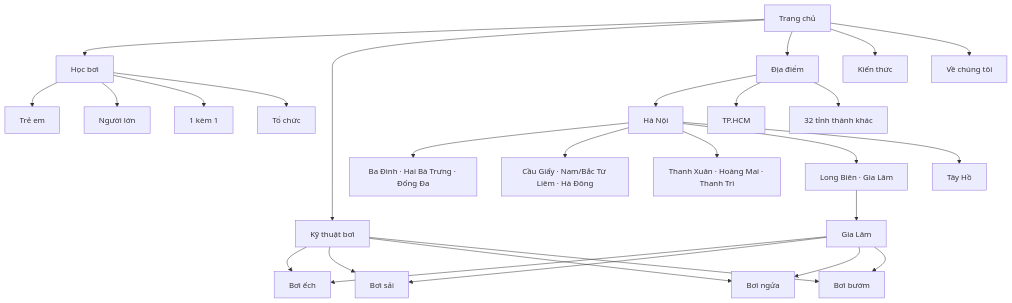
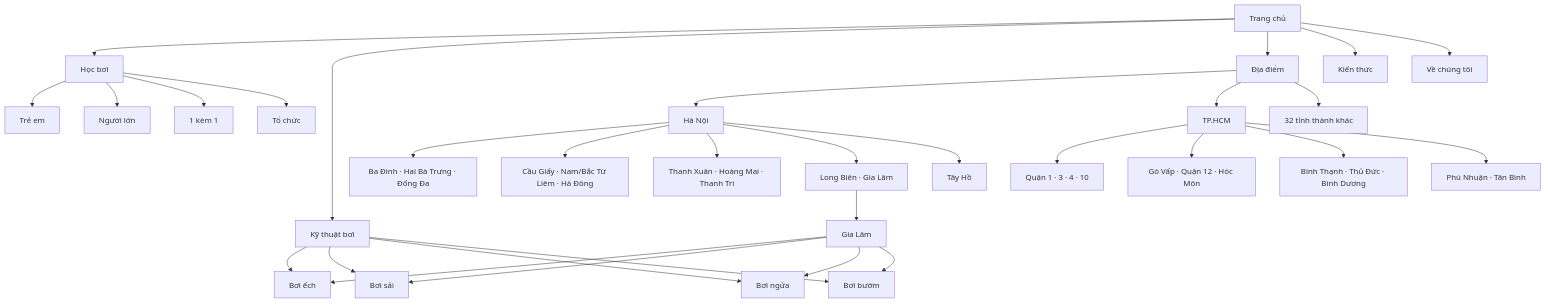
One commit to huymanhmmo/dayboivip changed the diagram in dayboi-web/docs/seo-site-architecture.md. Above: the diagram before and after it, drawn with Mermaid. The commit also changed other lines of this file and 6 other files, not shown here.

````diff
--- a/dayboi-web/docs/seo-site-architecture.md
+++ b/dayboi-web/docs/seo-site-architecture.md
@@ -69,33 +81,37 @@
 ```mermaid
 graph TD
     HOME[Trang chủ] --> COURSES[Học bơi]
     HOME --> TECH[Kỹ thuật bơi]
     HOME --> LOCATIONS[Địa điểm]
     HOME --> CONTENT[Kiến thức]
     HOME --> ABOUT[Về chúng tôi]
 
     COURSES --> KIDS[Trẻ em]
     COURSES --> ADULTS[Người lớn]
     COURSES --> PRIVATE[1 kèm 1]
     COURSES --> ORG[Tổ chức]
 
     TECH --> BREAST[Bơi ếch]
     TECH --> CRAWL[Bơi sải]
     TECH --> BACK[Bơi ngửa]
     TECH --> FLY[Bơi bướm]
 
     LOCATIONS --> HANOI[Hà Nội]
     LOCATIONS --> HCM[TP.HCM]
     LOCATIONS --> PROVINCES[32 tỉnh thành khác]
     HANOI --> CENTRAL[Ba Đình · Hai Bà Trưng · Đống Đa]
     HANOI --> WEST[Cầu Giấy · Nam/Bắc Từ Liêm · Hà Đông]
     HANOI --> SOUTH[Thanh Xuân · Hoàng Mai · Thanh Trì]
     HANOI --> EAST[Long Biên · Gia Lâm]
     HANOI --> NORTH[Tây Hồ]
+    HCM --> HCMCORE[Quận 1 · 3 · 4 · 10]
+    HCM --> HCMNORTH[Gò Vấp · Quận 12 · Hóc Môn]
+    HCM --> HCMEAST[Bình Thạnh · Thủ Đức · Bình Dương]
+    HCM --> HCMAIRPORT[Phú Nhuận · Tân Bình]
 
     EAST --> GIALAM[Gia Lâm]
     GIALAM --> BREAST
     GIALAM --> CRAWL
     GIALAM --> BACK
     GIALAM --> FLY
 ```
````
